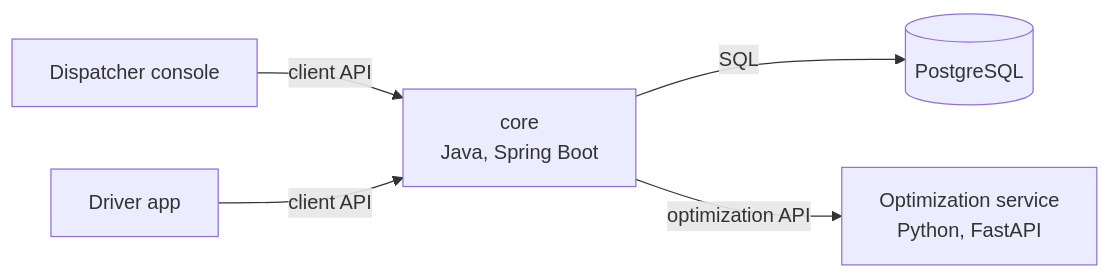
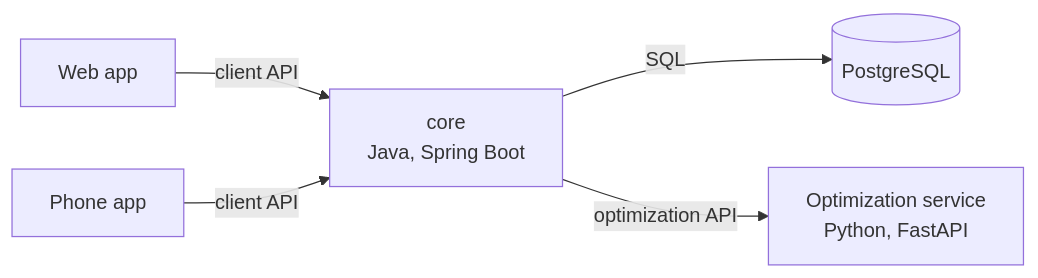
The diagram in docs/ADRs/ADR-002-core-backend-and-separate-optimization-service.md (NaimElijah/DispatchFlow), drawn with Mermaid before and after one commit. The commit also changed other lines of this file and 73 other files, not shown here.

First line of the commit message:
refactor: rename the console to web and the driver app to mobile

````diff
--- a/docs/ADRs/ADR-002-core-backend-and-separate-optimization-service.md
+++ b/docs/ADRs/ADR-002-core-backend-and-separate-optimization-service.md
@@ -44,7 +44,7 @@
 ```mermaid
 flowchart LR
-    console["Dispatcher console"] -->|"client API"| core["core<br/>Java, Spring Boot"]
-    driver["Driver app"] -->|"client API"| core
+    web["Web app"] -->|"client API"| core["core<br/>Java, Spring Boot"]
+    mobile["Phone app"] -->|"client API"| core
     core -->|"SQL"| db[("PostgreSQL")]
     core -->|"optimization API"| optimizer["Optimization service<br/>Python, FastAPI"]
 ```
````
